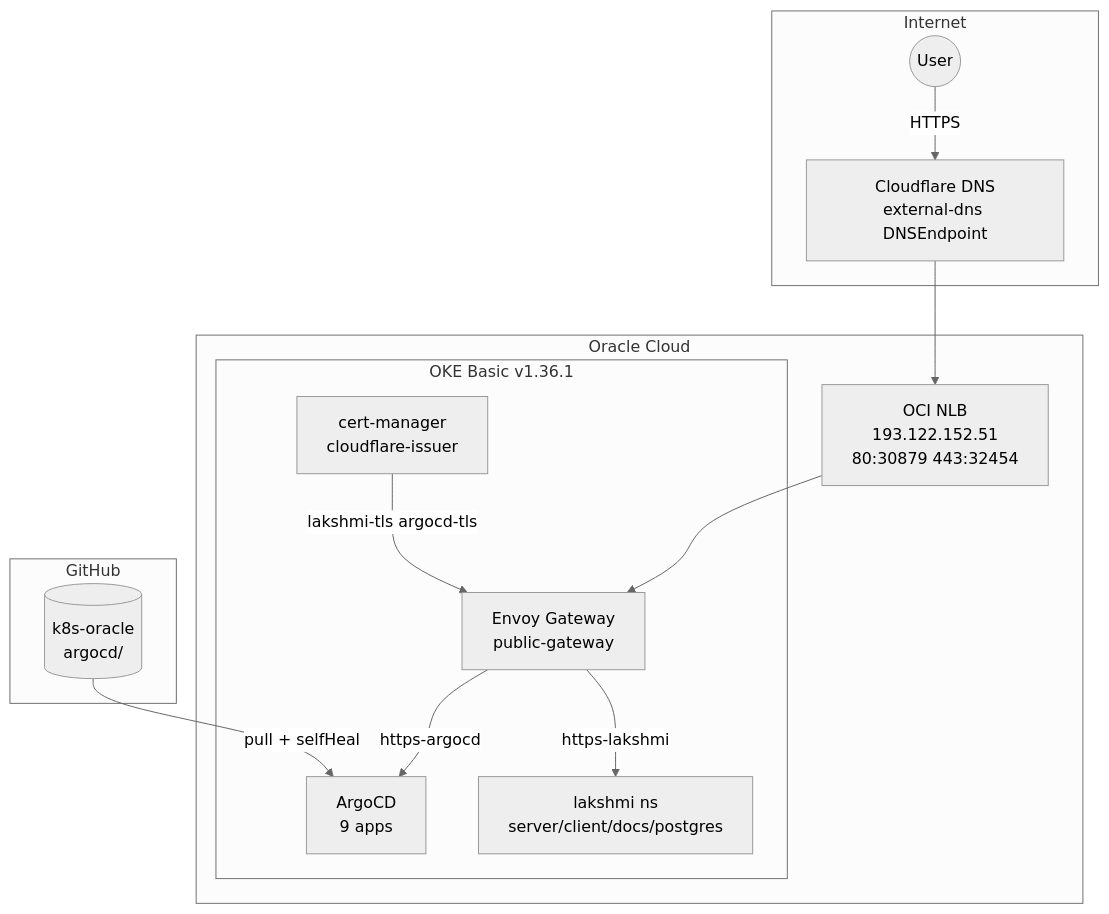
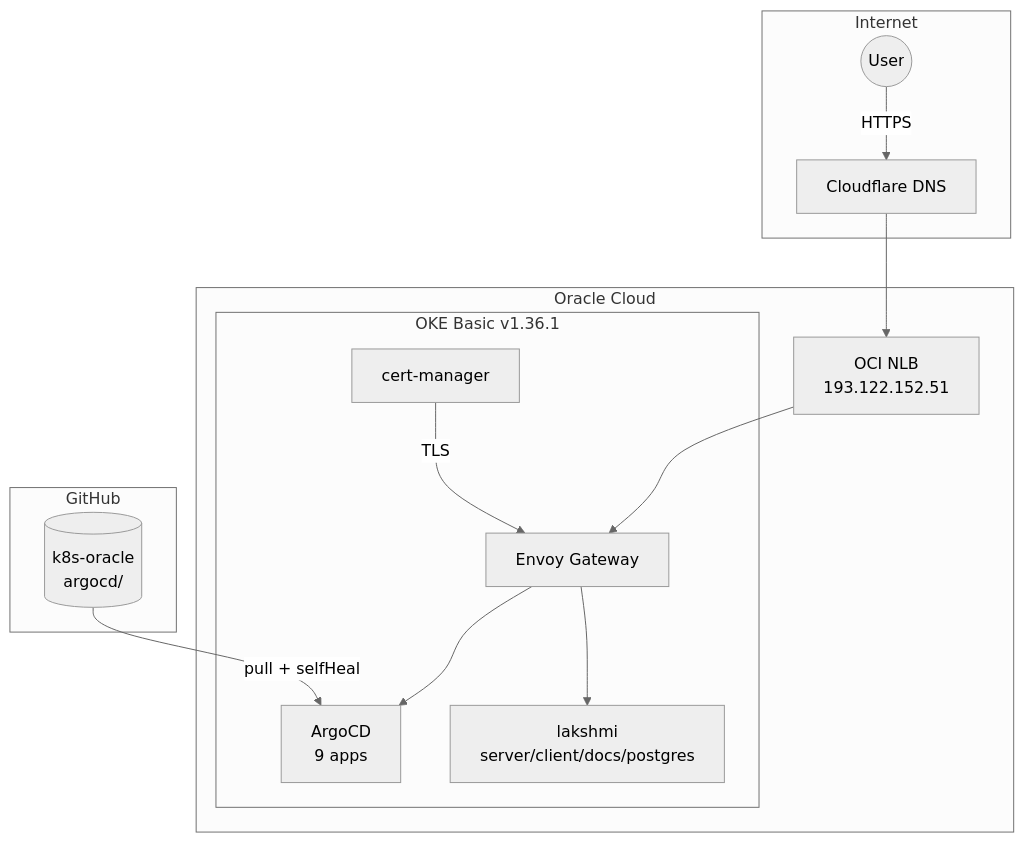
One commit to nsudhanva/k8s-oracle changed the first of 2 diagrams in README.md. Above: the diagram before and after it, drawn with Mermaid (neutral theme). The commit also changed other lines of this file, not shown here.

Commit message:
docs: trim README, keep diagrams and live state

````diff
--- a/README.md
+++ b/README.md
@@ -9,29 +7,29 @@
 ```mermaid
 graph TB
     subgraph Internet
         User((User))
-        CF[Cloudflare DNS<br/>external-dns DNSEndpoint]
+        CF[Cloudflare DNS]
     end
 
     subgraph OCI["Oracle Cloud"]
-        LB[OCI NLB<br/>193.122.152.51<br/>80:30879 443:32454]
+        LB[OCI NLB<br/>193.122.152.51]
         subgraph OKE["OKE Basic v1.36.1"]
-            EG[Envoy Gateway<br/>public-gateway]
+            EG[Envoy Gateway]
             ARGO[ArgoCD<br/>9 apps]
-            LAK[lakshmi ns<br/>server/client/docs/postgres]
-            CM[cert-manager<br/>cloudflare-issuer]
+            LAK[lakshmi<br/>server/client/docs/postgres]
+            CM[cert-manager]
         end
     end
 
     subgraph GitHub
         Repo[(k8s-oracle<br/>argocd/)]
     end
 
     User -->|HTTPS| CF
     CF --> LB
     LB --> EG
-    EG -->|https-lakshmi| LAK
-    EG -->|https-argocd| ARGO
+    EG --> LAK
+    EG --> ARGO
     Repo -->|pull + selfHeal| ARGO
-    CM -->|lakshmi-tls argocd-tls| EG
+    CM -->|TLS| EG
 ```
````
